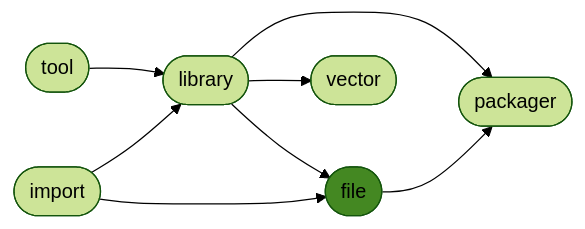
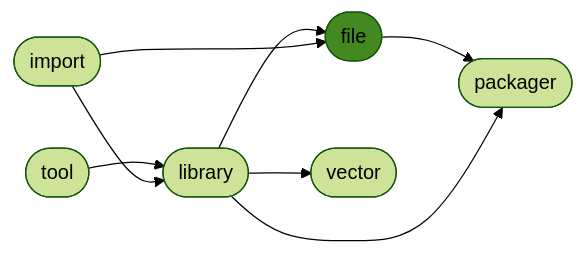
The diagram in README.md (ManderaGeneral/generalfile), drawn with Mermaid (forest theme) before and after one commit. The commit also changed other lines of this file, not shown here.

````diff
--- a/README.md
+++ b/README.md
@@ -24,17 +24,17 @@
 ```mermaid
 flowchart LR
-2([library]) --> 4([vector])
+3([file]) --> 5([packager])
+2([library]) --> 3([file])
 1([tool]) --> 2([library])
 2([library]) --> 5([packager])
+2([library]) --> 4([vector])
 0([import]) --> 2([library])
-3([file]) --> 5([packager])
-2([library]) --> 3([file])
 0([import]) --> 3([file])
 click 0 "https://github.com/ManderaGeneral/generalimport"
 click 1 "https://github.com/ManderaGeneral/generaltool"
 click 2 "https://github.com/ManderaGeneral/generallibrary"
 click 3 "https://github.com/ManderaGeneral/generalfile"
 click 4 "https://github.com/ManderaGeneral/generalvector"
 click 5 "https://github.com/ManderaGeneral/generalpackager"
 style 3 fill:#482
 ```
````
